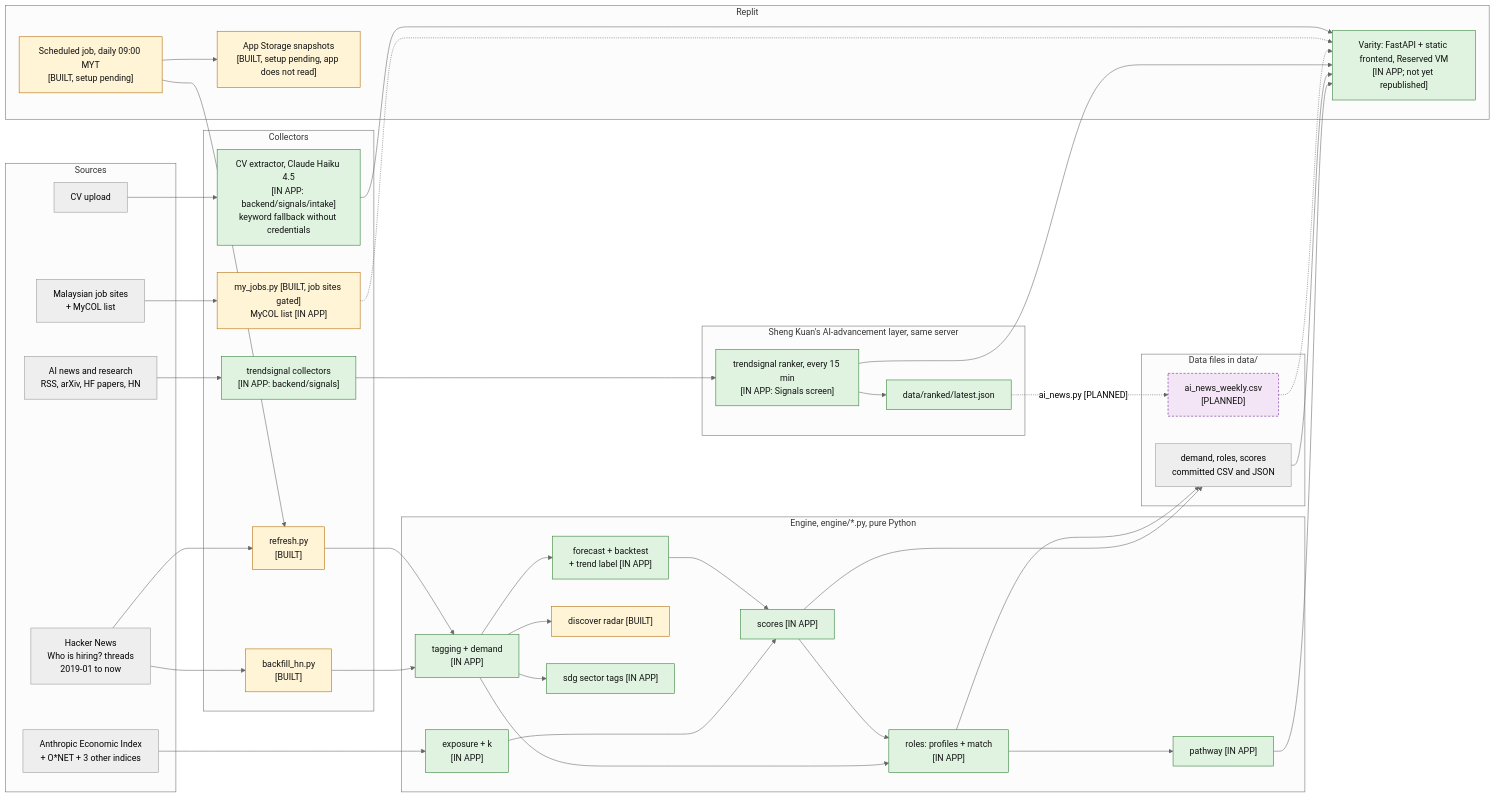
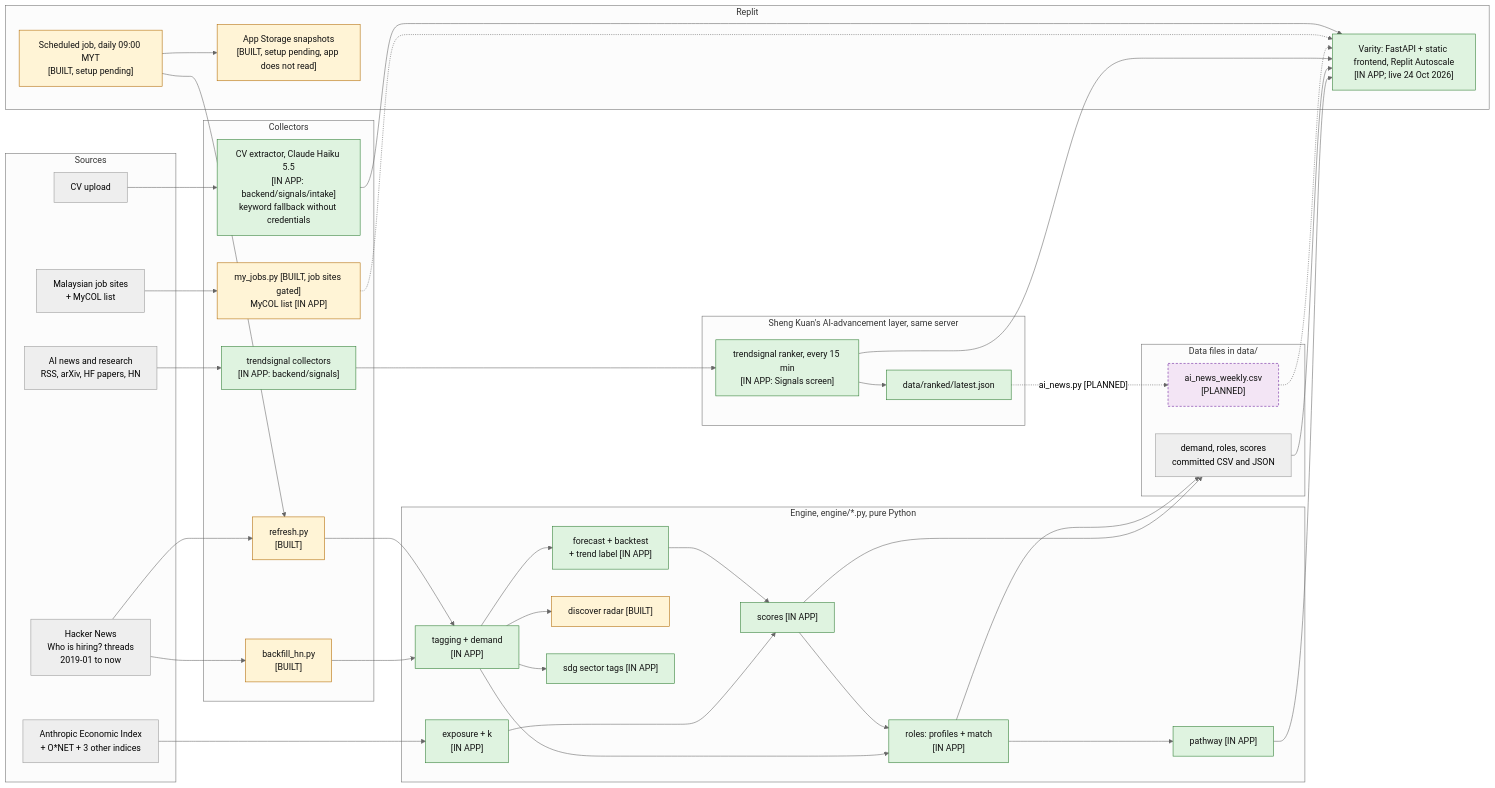
The first of 9 diagrams in docs/architecture.md (TayEeZhan/varity), drawn with Mermaid (neutral theme) before and after one commit. The commit also changed other lines of this file and 14 other files, not shown here.

First line of the commit message:
chore: sync Replit's security pins and post-merge script; docs for Haiku 5.5 key and Autoscale

````diff
--- a/docs/architecture.md
+++ b/docs/architecture.md
@@ -37,76 +37,76 @@
 ```mermaid
 flowchart LR
     subgraph SRC["Sources"]
         HN["Hacker News<br/>Who is hiring? threads<br/>2019-01 to now"]
         AEI["Anthropic Economic Index<br/>+ O*NET + 3 other indices"]
         NEWS["AI news and research<br/>RSS, arXiv, HF papers, HN"]
         MYS["Malaysian job sites<br/>+ MyCOL list"]
         CV["CV upload"]
     end
 
     subgraph COL["Collectors"]
         BF["backfill_hn.py<br/>[BUILT]"]
         RF["refresh.py<br/>[BUILT]"]
         TS["trendsignal collectors<br/>[IN APP: backend/signals]"]
         MJ["my_jobs.py [BUILT, job sites gated]<br/>MyCOL list [IN APP]"]
-        CVX["CV extractor, Claude Haiku 4.5<br/>[IN APP: backend/signals/intake]<br/>keyword fallback without credentials"]
+        CVX["CV extractor, Claude Haiku 5.5<br/>[IN APP: backend/signals/intake]<br/>keyword fallback without credentials"]
     end
 
     subgraph ENG["Engine, engine/*.py, pure Python"]
         TAG["tagging + demand<br/>[IN APP]"]
         EXP["exposure + k<br/>[IN APP]"]
         FC["forecast + backtest<br/>+ trend label [IN APP]"]
         SC["scores [IN APP]"]
         RM["roles: profiles + match<br/>[IN APP]"]
         PW["pathway [IN APP]"]
         DS["discover radar [BUILT]"]
         SDG["sdg sector tags [IN APP]"]
     end
 
     subgraph FILES["Data files in data/"]
         D1["demand, roles, scores<br/>committed CSV and JSON"]
         D2["ai_news_weekly.csv<br/>[PLANNED]"]
     end
 
     subgraph REPLIT["Replit"]
-        APP["Varity: FastAPI + static frontend, Reserved VM<br/>[IN APP; not yet republished]"]
+        APP["Varity: FastAPI + static frontend, Replit Autoscale<br/>[IN APP; live 24 Oct 2026]"]
         ST["App Storage snapshots<br/>[BUILT, setup pending, app does not read]"]
         JOB["Scheduled job, daily 09:00 MYT<br/>[BUILT, setup pending]"]
     end
 
     subgraph AIL["Sheng Kuan's AI-advancement layer, same server"]
         RK["trendsignal ranker, every 15 min<br/>[IN APP: Signals screen]"]
         RJ["data/ranked/latest.json"]
     end
 
     HN --> BF --> TAG
     HN --> RF --> TAG
     AEI --> EXP
     TAG --> FC
     EXP --> SC
     FC --> SC
     TAG --> RM
     SC --> RM
     RM --> PW
     TAG --> DS
     TAG --> SDG
     SC --> D1
     RM --> D1
     PW --> APP
     D1 --> APP
     JOB --> RF
     JOB --> ST
     NEWS --> TS --> RK --> RJ
     RK --> APP
     RJ -. "ai_news.py [PLANNED]" .-> D2
     D2 -.-> APP
     MYS --> MJ -.-> APP
     CV --> CVX --> APP
 
     classDef live fill:#dff3e0,stroke:#2e7d32,color:#111
     classDef branch fill:#fff4d6,stroke:#b26a00,color:#111
     classDef planned fill:#f3e5f5,stroke:#6a1b9a,stroke-dasharray: 4 3,color:#111
     class TAG,EXP,FC,SC,RM,PW,SDG,APP,TS,RK,RJ,CVX live
     class BF,RF,DS,ST,JOB,MJ branch
     class D2 planned
 ```
````
